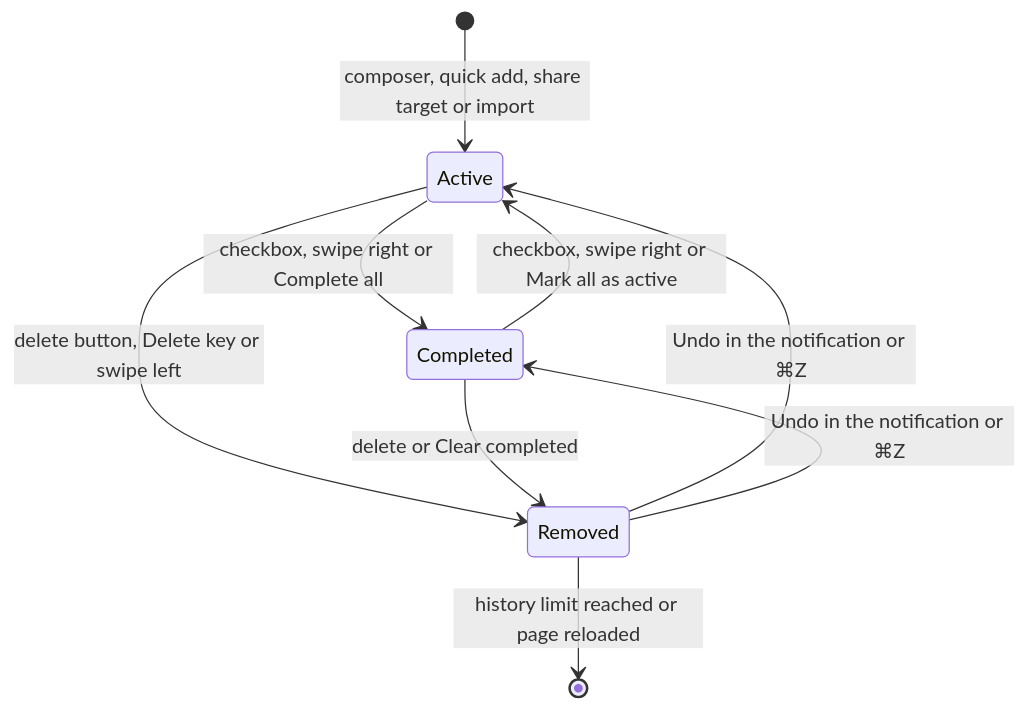
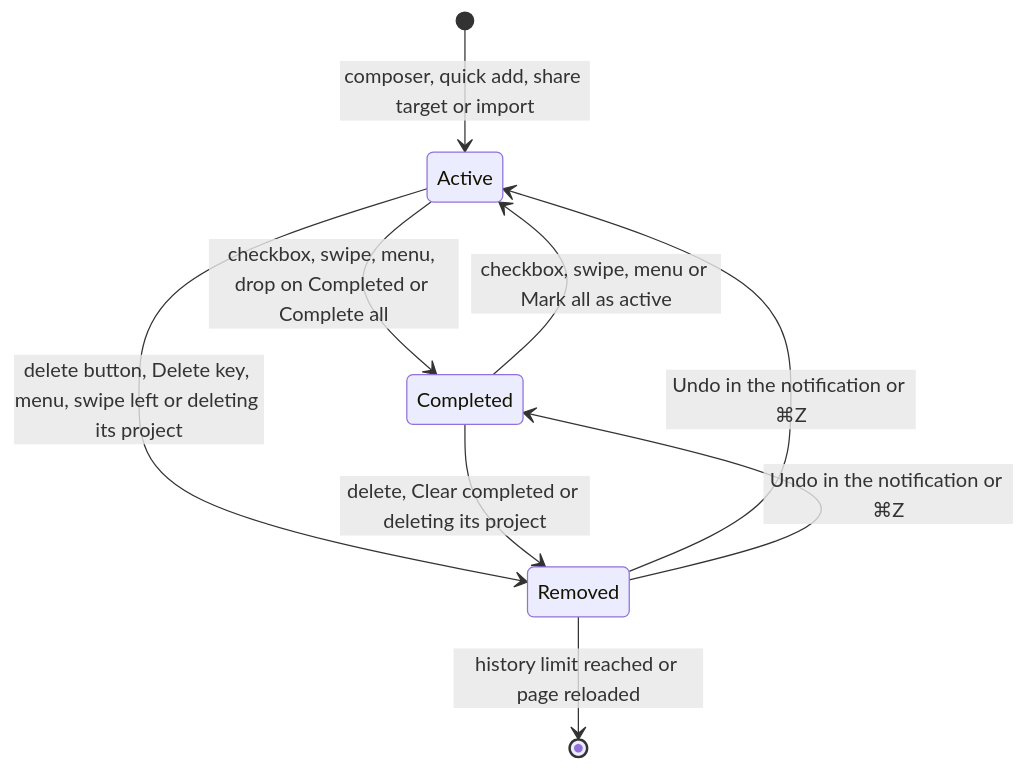
The fourth of 10 diagrams in docs/architecture.md (sacrificed666/react-todo-app), drawn with Mermaid before and after one commit. The commit also changed other lines of this file and 173 other files, not shown here.

````diff
--- a/docs/architecture.md
+++ b/docs/architecture.md
@@ -128,11 +158,11 @@
 ```mermaid
 stateDiagram-v2
   [*] --> Active: composer, quick add, share target or import
-  Active --> Completed: checkbox, swipe right or Complete all
-  Completed --> Active: checkbox, swipe right or Mark all as active
-  Active --> Removed: delete button, Delete key or swipe left
-  Completed --> Removed: delete or Clear completed
+  Active --> Completed: checkbox, swipe, menu, drop on Completed or Complete all
+  Completed --> Active: checkbox, swipe, menu or Mark all as active
+  Active --> Removed: delete button, Delete key, menu, swipe left or deleting its project
+  Completed --> Removed: delete, Clear completed or deleting its project
   Removed --> Active: Undo in the notification or ⌘Z
   Removed --> Completed: Undo in the notification or ⌘Z
   Removed --> [*]: history limit reached or page reloaded
 ```
````
